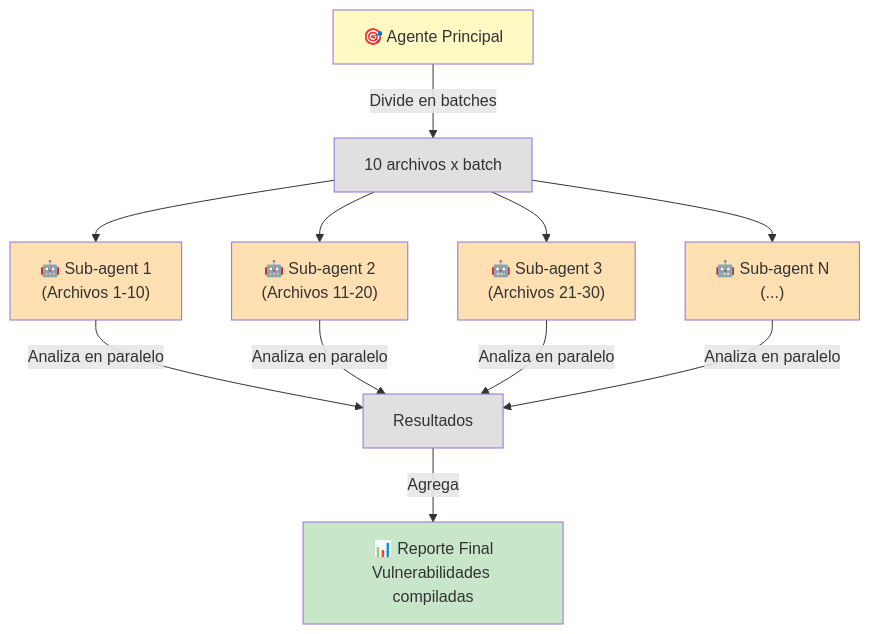
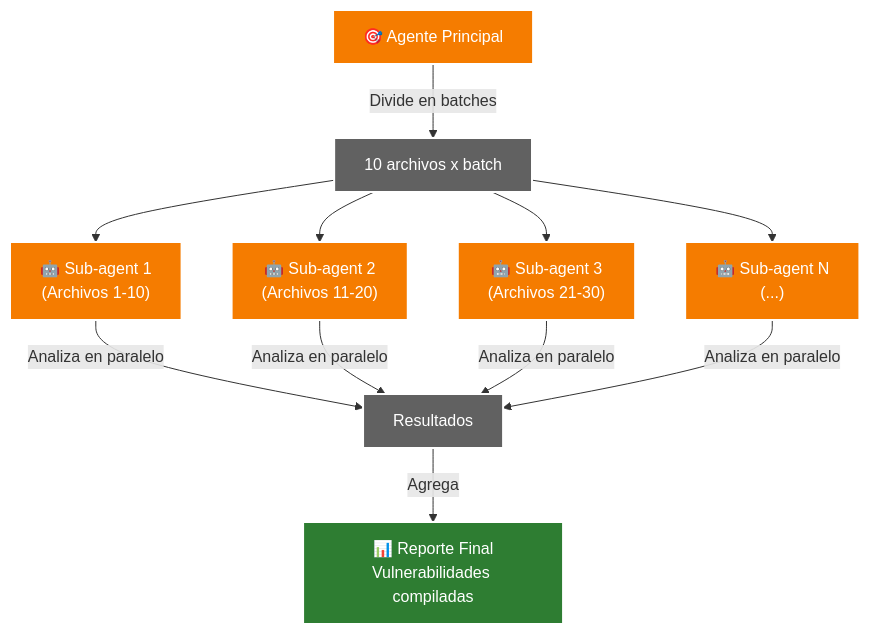
The sixth of 8 diagrams in docs/herramientas/claude-code-skills-mcp.md (CodigoSinSiesta/codigosinsiesta.github.io), drawn with Mermaid before and after one commit. The commit also changed other lines of this file, not shown here.

First line of the commit message:
docs: Mejorar contraste de colores en diagramas Mermaid

````diff
--- a/docs/herramientas/claude-code-skills-mcp.md
+++ b/docs/herramientas/claude-code-skills-mcp.md
@@ -499,26 +504,26 @@
 ```mermaid
-flowchart TB
+graph TB
     MAIN["🎯 Agente Principal"]
 
     MAIN -->|Divide en batches| BATCH["10 archivos x batch"]
     BATCH --> SUB1["🤖 Sub-agent 1<br/>(Archivos 1-10)"]
     BATCH --> SUB2["🤖 Sub-agent 2<br/>(Archivos 11-20)"]
     BATCH --> SUB3["🤖 Sub-agent 3<br/>(Archivos 21-30)"]
     BATCH --> SUBN["🤖 Sub-agent N<br/>(...)"]
 
     SUB1 -->|Analiza en paralelo| RESULTS["Resultados"]
     SUB2 -->|Analiza en paralelo| RESULTS
     SUB3 -->|Analiza en paralelo| RESULTS
     SUBN -->|Analiza en paralelo| RESULTS
 
     RESULTS -->|Agrega| REPORT["📊 Reporte Final<br/>Vulnerabilidades compiladas"]
 
-    style MAIN fill:#fff9c4
-    style BATCH fill:#e0e0e0
-    style SUB1 fill:#ffe0b2
-    style SUB2 fill:#ffe0b2
-    style SUB3 fill:#ffe0b2
-    style SUBN fill:#ffe0b2
-    style RESULTS fill:#e0e0e0
-    style REPORT fill:#c8e6c9
+    style MAIN fill:#f57c00,stroke:#fff,stroke-width:2px,color:#fff
+    style BATCH fill:#616161,stroke:#fff,stroke-width:2px,color:#fff
+    style SUB1 fill:#f57c00,stroke:#fff,stroke-width:2px,color:#fff
+    style SUB2 fill:#f57c00,stroke:#fff,stroke-width:2px,color:#fff
+    style SUB3 fill:#f57c00,stroke:#fff,stroke-width:2px,color:#fff
+    style SUBN fill:#f57c00,stroke:#fff,stroke-width:2px,color:#fff
+    style RESULTS fill:#616161,stroke:#fff,stroke-width:2px,color:#fff
+    style REPORT fill:#2e7d32,stroke:#fff,stroke-width:2px,color:#fff
 ```
````
